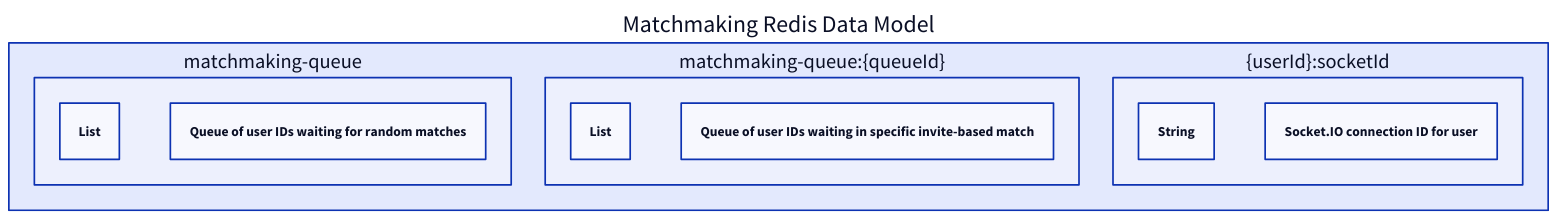
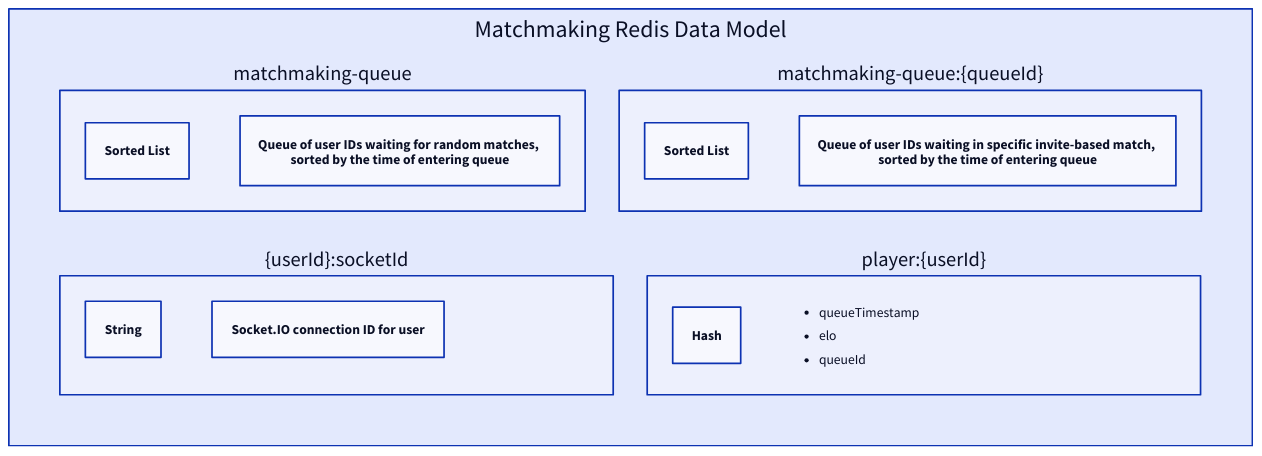
Before and after one commit to molgergo01/chess-game: the diagram in docs/diagrams/schema/redis-matchmaking.d2, drawn with D2. The commit also changed 20 other files, not shown here.

Commit message:
feat: add final diagrams and .env templates (#23)

```diff
--- a/docs/diagrams/schema/redis-matchmaking.d2
+++ b/docs/diagrams/schema/redis-matchmaking.d2
@@ -1,22 +1,35 @@
 Matchmaking Redis Data Model: {
+  grid-rows: 2
+
   DefaultQueue: {
     shape: rectangle
     label: "matchmaking-queue"
-    type: "List"
-    description: "Queue of user IDs waiting for random matches"
+    type: "Sorted List"
+    description: "Queue of user IDs waiting for random matches, \nsorted by the time of entering queue"
   }
 
   InviteQueue: {
     shape: rectangle
     label: "matchmaking-queue:{queueId}"
-    type: "List"
-    description: "Queue of user IDs waiting in specific invite-based match"
+    type: "Sorted List"
+    description: "Queue of user IDs waiting in specific invite-based match, \nsorted by the time of entering queue"
   }
 
   SocketMapping: {
     shape: rectangle
     label: "{userId}:socketId"
     type: "String"
     description: "Socket.IO connection ID for user"
   }
+
+  QueuedPlayer: {
+    shape: rectangle
+    label: "player:{userId}"
+    type: "Hash"
+    fields: |md
+      - queueTimestamp
+      - elo
+      - queueId
+    |
+  }
 }
```
